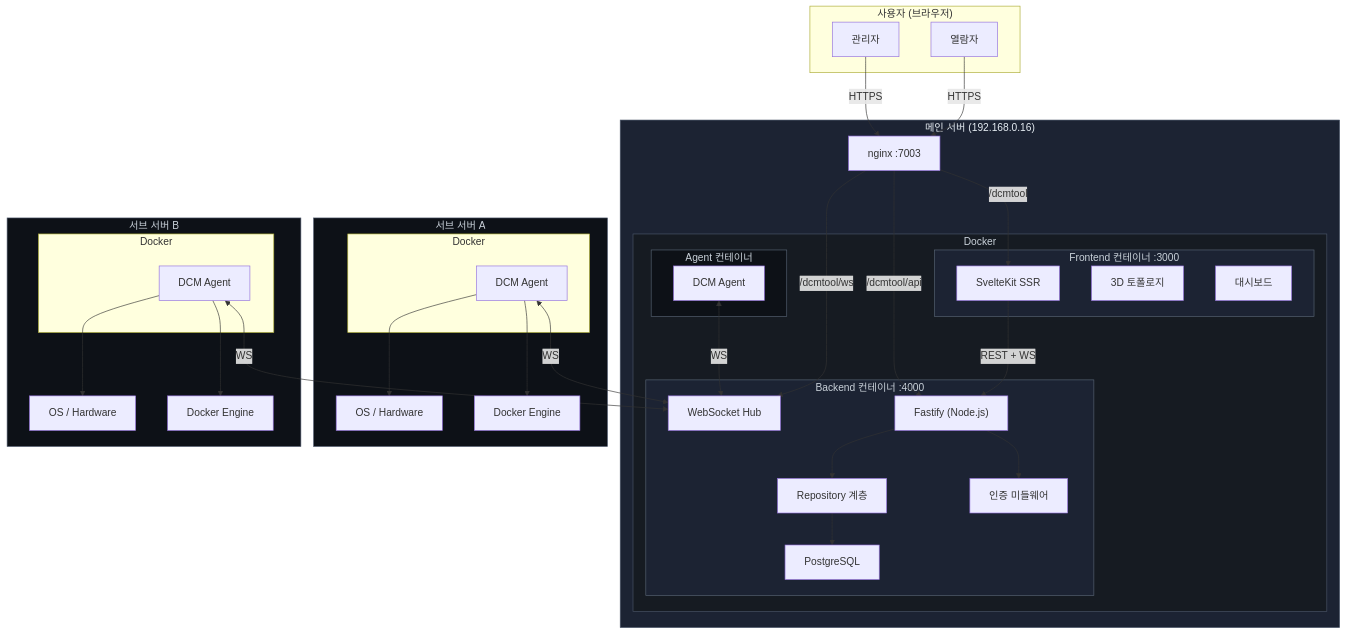
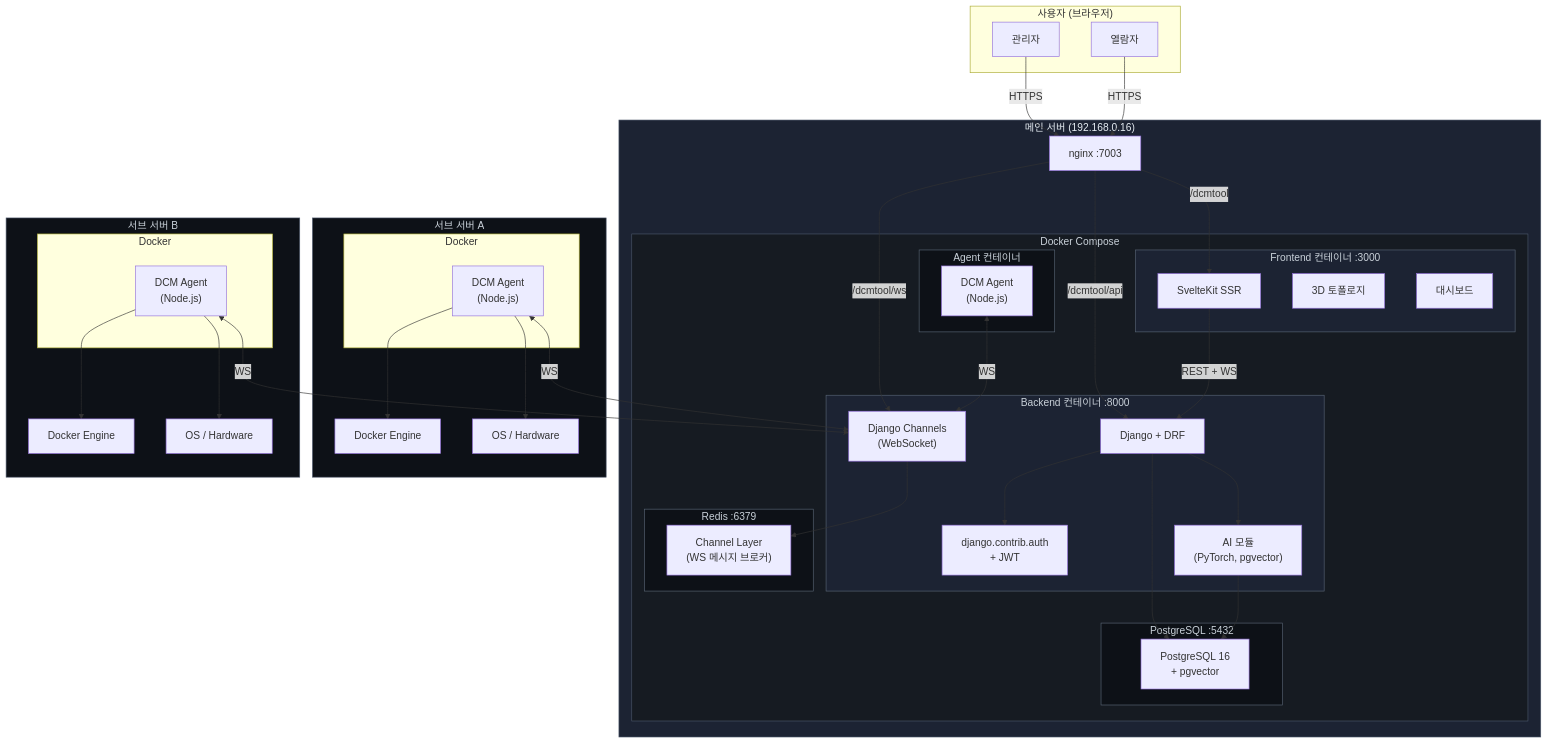
One commit to qkr7287/HyperCube changed the first of 11 diagrams in docs/to-be-architecture.md. Above: the diagram before and after it, drawn with Mermaid. The commit also changed other lines of this file, not shown here.

First line of the commit message:
docs: switch backend from Fastify to Django

```diff
--- a/docs/to-be-architecture.md
+++ b/docs/to-be-architecture.md
@@ -26,30 +26,37 @@
     subgraph MainServer["메인 서버 (192.168.0.16)"]
         Nginx["nginx :7003"]
 
-        subgraph DockerMain["Docker"]
+        subgraph DockerMain["Docker Compose"]
             subgraph FE["Frontend 컨테이너 :3000"]
                 SvelteKit["SvelteKit SSR"]
                 Topo["3D 토폴로지"]
                 Dashboard["대시보드"]
             end
 
-            subgraph BE["Backend 컨테이너 :4000"]
-                Fastify["Fastify (Node.js)"]
-                WSHub["WebSocket Hub"]
-                AuthMW["인증 미들웨어"]
-                Repo["Repository 계층"]
-                PgDB["PostgreSQL"]
+            subgraph BE["Backend 컨테이너 :8000"]
+                Django["Django + DRF"]
+                Channels["Django Channels<br/>(WebSocket)"]
+                AuthDJ["django.contrib.auth<br/>+ JWT"]
+                AI["AI 모듈<br/>(PyTorch, pgvector)"]
+            end
+
+            subgraph PgContainer["PostgreSQL :5432"]
+                PgDB["PostgreSQL 16<br/>+ pgvector"]
+            end
+
+            subgraph RedisContainer["Redis :6379"]
+                Redis["Channel Layer<br/>(WS 메시지 브로커)"]
             end
 
             subgraph AgentMain["Agent 컨테이너"]
-                AgentM["DCM Agent"]
+                AgentM["DCM Agent<br/>(Node.js)"]
             end
         end
     end
 
     subgraph SubServer1["서브 서버 A"]
         subgraph DockerSub1["Docker"]
-            Agent1["DCM Agent"]
+            Agent1["DCM Agent<br/>(Node.js)"]
         end
         Docker1["Docker Engine"]
         System1["OS / Hardware"]
@@ -57,7 +64,7 @@
 
     subgraph SubServer2["서브 서버 B"]
         subgraph DockerSub2["Docker"]
-            Agent2["DCM Agent"]
+            Agent2["DCM Agent<br/>(Node.js)"]
         end
         Docker2["Docker Engine"]
         System2["OS / Hardware"]
@@ -65,16 +72,18 @@
 
     Admin & Viewer -->|HTTPS| Nginx
     Nginx -->|"/dcmtool"| SvelteKit
-    Nginx -->|"/dcmtool/api"| Fastify
-    Nginx -->|"/dcmtool/ws"| WSHub
+    Nginx -->|"/dcmtool/api"| Django
+    Nginx -->|"/dcmtool/ws"| Channels
 
-    SvelteKit -->|REST + WS| Fastify
-    Fastify --> AuthMW
-    Fastify --> Repo --> PgDB
+    SvelteKit -->|REST + WS| Django
+    Django --> AuthDJ
+    Django --> PgDB
+    Channels --> Redis
+    Django --> AI --> PgDB
 
-    AgentM <-->|WS| WSHub
-    Agent1 <-->|WS| WSHub
-    Agent2 <-->|WS| WSHub
+    AgentM <-->|WS| Channels
+    Agent1 <-->|WS| Channels
+    Agent2 <-->|WS| Channels
 
     Agent1 --> Docker1
     Agent1 --> System1
@@ -85,6 +94,8 @@
     style DockerMain fill:#161b22,stroke:#4a5568,color:#c9d1d9
     style FE fill:#1c2333,stroke:#586474,color:#c9d1d9
     style BE fill:#1c2333,stroke:#586474,color:#c9d1d9
+    style PgContainer fill:#0d1117,stroke:#586474,color:#c9d1d9
+    style RedisContainer fill:#0d1117,stroke:#586474,color:#c9d1d9
     style AgentMain fill:#0d1117,stroke:#586474,color:#c9d1d9
     style SubServer1 fill:#0d1117,stroke:#4a5568,color:#c9d1d9
     style SubServer2 fill:#0d1117,stroke:#4a5568,color:#c9d1d9
```
